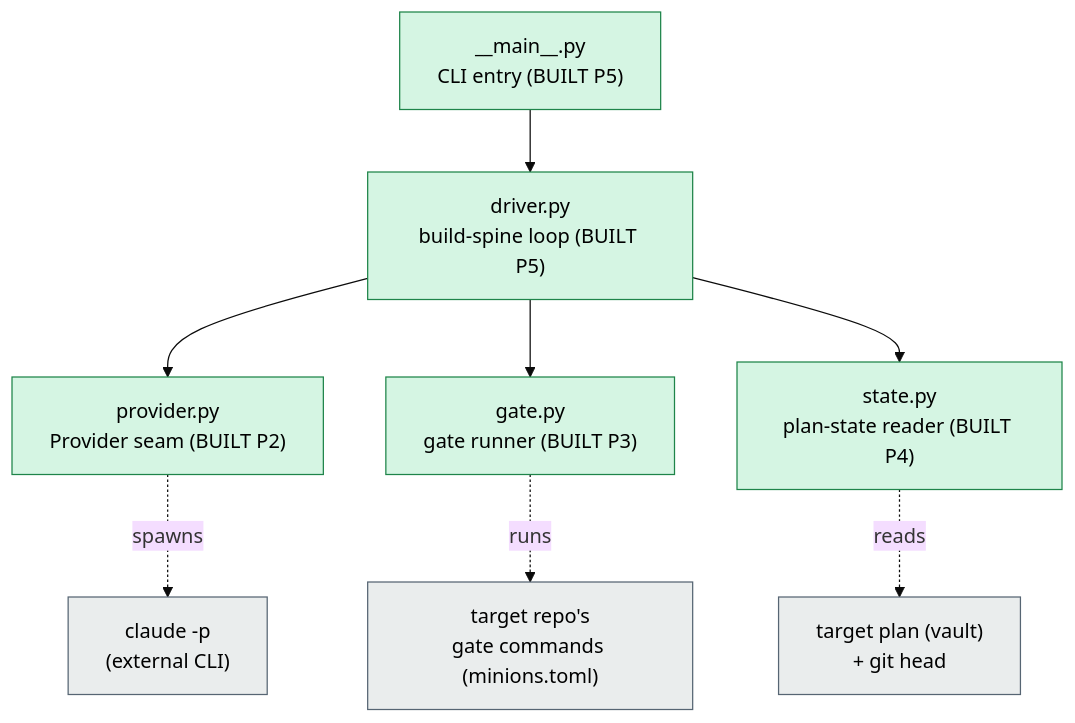
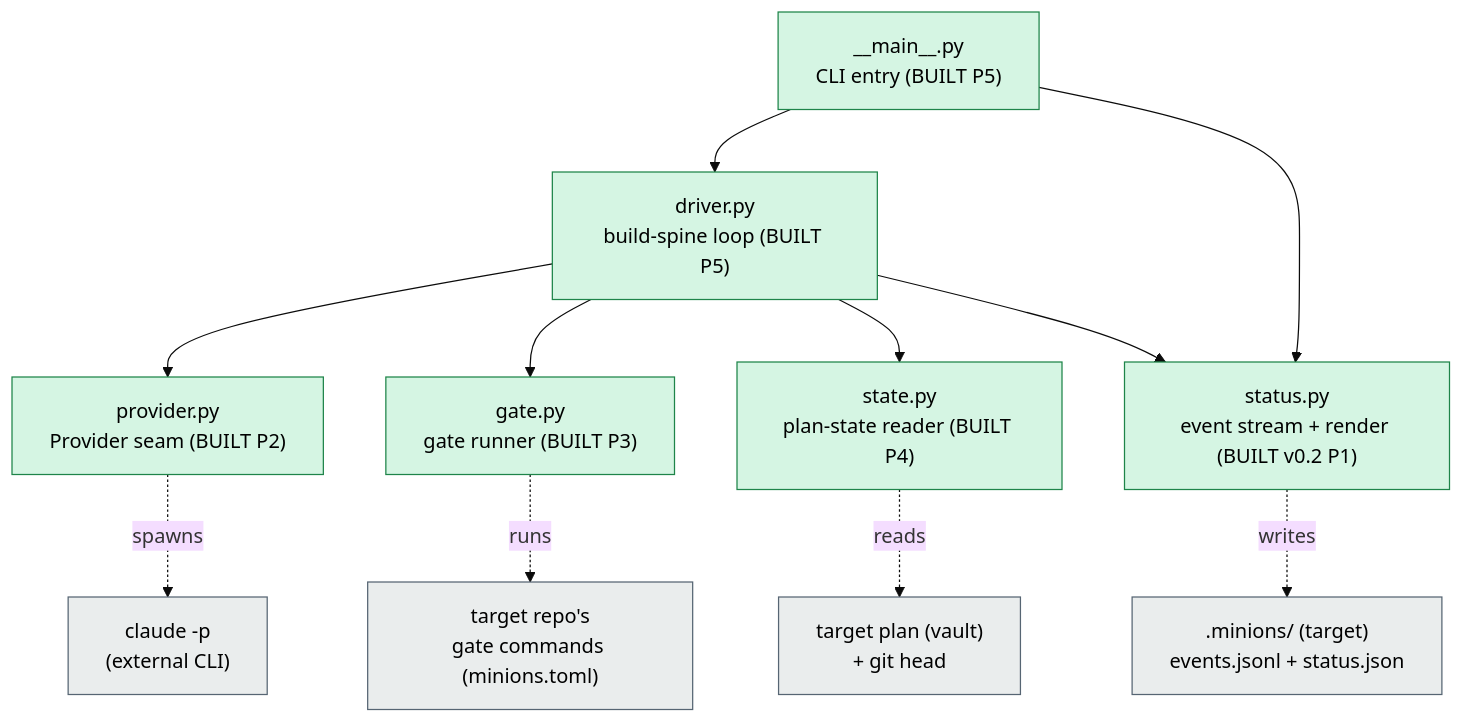
The diagram in docs/architecture.md (alxb1t/minionsfactory), drawn with Mermaid (base theme) before and after one commit. The commit also changed other lines of this file and 9 other files, not shown here.

````diff
--- a/docs/architecture.md
+++ b/docs/architecture.md
@@ -46,21 +55,25 @@
 ```mermaid
 graph TD
     main["__main__.py<br/>CLI entry (BUILT P5)"]:::built
     driver["driver.py<br/>build-spine loop (BUILT P5)"]:::built
     state["state.py<br/>plan-state reader (BUILT P4)"]:::built
     gate["gate.py<br/>gate runner (BUILT P3)"]:::built
     provider["provider.py<br/>Provider seam (BUILT P2)"]:::built
+    status["status.py<br/>event stream + render (BUILT v0.2 P1)"]:::built
 
     main --> driver
     driver --> provider
     driver --> gate
     driver --> state
+    driver --> status
+    main --> status
 
     provider -. spawns .-> claude["claude -p<br/>(external CLI)"]:::external
     gate -. runs .-> targetgate["target repo's<br/>gate commands (minions.toml)"]:::external
     state -. reads .-> disk["target plan (vault)<br/>+ git head"]:::external
+    status -. writes .-> minions[".minions/ (target)<br/>events.jsonl + status.json"]:::external
 
     classDef built fill:#d5f5e3,stroke:#1e8449,color:#000;
     classDef planned fill:#fdebd0,stroke:#b9770e,color:#000,stroke-dasharray: 4 3;
     classDef external fill:#eaeded,stroke:#566573,color:#000;
 ```
````
